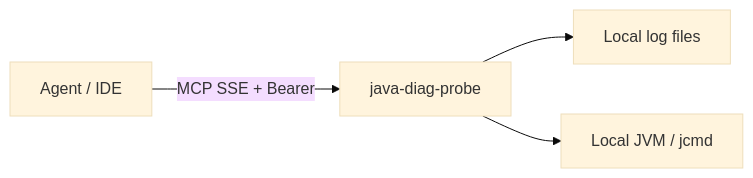
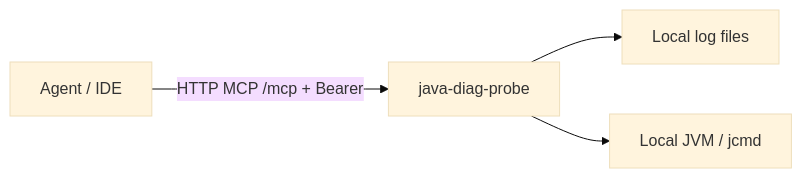
One commit to chenxk/java-diag changed the first of 2 diagrams in README_EN.md. Above: the diagram before and after it, drawn with Mermaid (base theme). The commit also changed other lines of this file and 5 other files, not shown here.

````diff
--- a/README_EN.md
+++ b/README_EN.md
@@ -99,6 +146,6 @@
 ```mermaid
 flowchart LR
-  Agent["Agent / IDE"] -->|"MCP SSE + Bearer"| Probe["java-diag-probe"]
+  Agent["Agent / IDE"] -->|"HTTP MCP /mcp + Bearer"| Probe["java-diag-probe"]
   Probe --> Logs["Local log files"]
   Probe --> Jvm["Local JVM / jcmd"]
 ```
````
